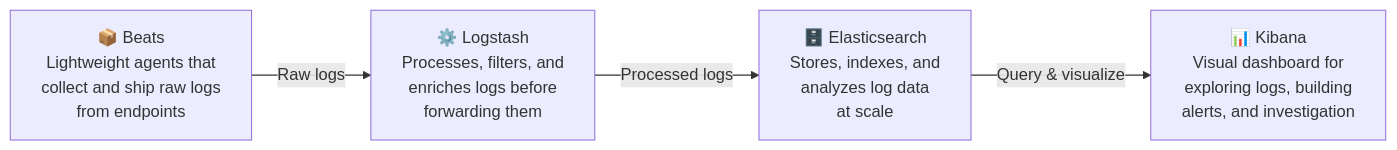
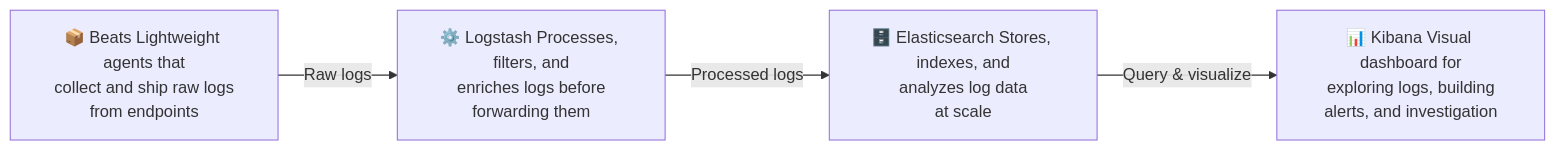
One commit to benjaminsmith-spec/ELK-stack-Docker-Home-Lab changed the first of 2 diagrams in README.md. Above: the diagram before and after it, drawn with Mermaid. The commit also changed other lines of this file, not shown here.

````diff
--- a/README.md
+++ b/README.md
@@ -17,11 +17,11 @@
 ```mermaid
 flowchart LR
-    B["📦 Beats\nLightweight agents that\ncollect and ship raw logs\nfrom endpoints"]
-    L["⚙️ Logstash\nProcesses, filters, and\nenriches logs before\nforwarding them"]
-    E["🗄️ Elasticsearch\nStores, indexes, and\nanalyzes log data\nat scale"]
-    K["📊 Kibana\nVisual dashboard for\nexploring logs, building\nalerts, and investigation"]
+    B["📦 Beats Lightweight agents that\ncollect and ship raw logs\nfrom endpoints"]
+    L["⚙️ Logstash Processes, filters, and\nenriches logs before\nforwarding them"]
+    E["🗄️ Elasticsearch Stores, indexes, and\nanalyzes log data\nat scale"]
+    K["📊 Kibana Visual dashboard for\nexploring logs, building\nalerts, and investigation"]
 
     B -->|"Raw logs"| L
     L -->|"Processed logs"| E
     E -->|"Query & visualize"| K
 ```
````
